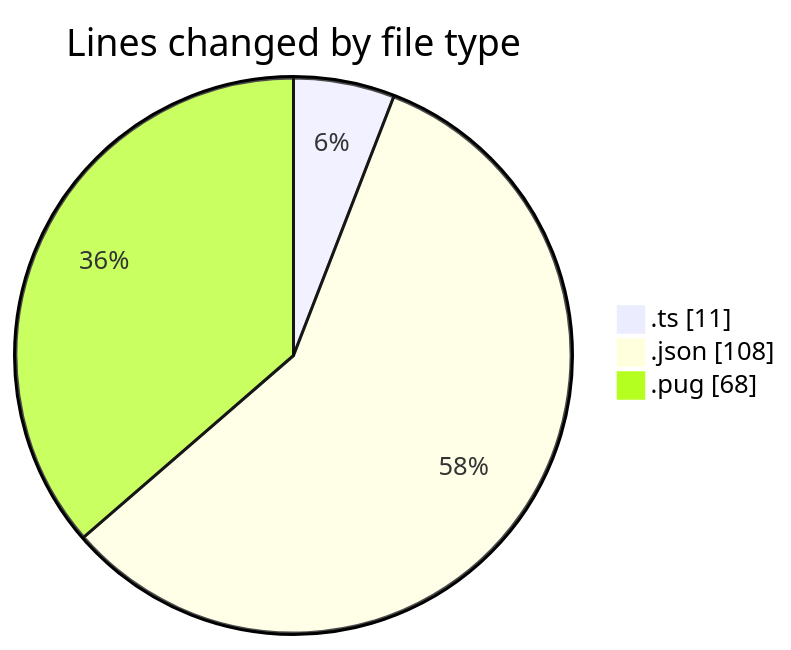
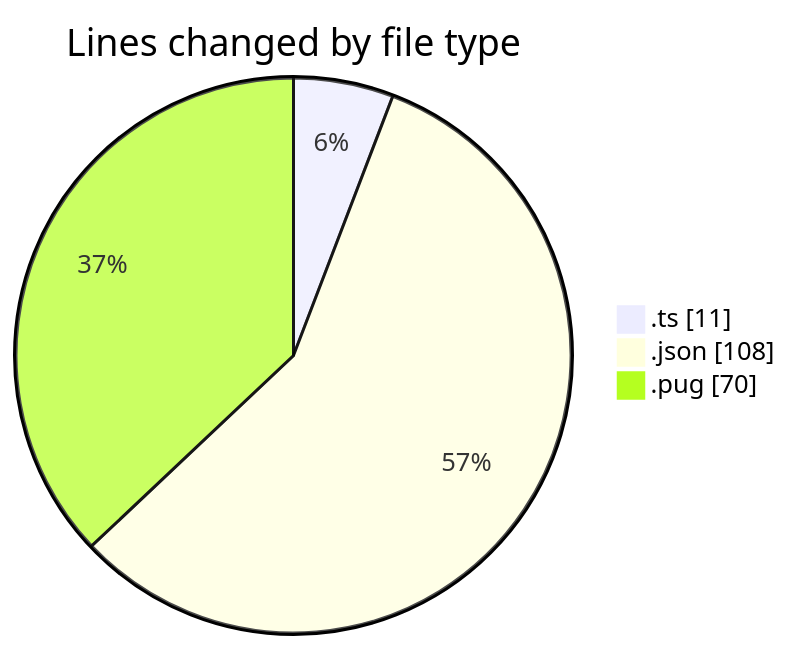
The first of 2 diagrams in 2025-02-24/cda/README.md (momahboobian/code-tracking), drawn with Mermaid before and after one commit. The commit also changed other lines of this file and 1 other file, not shown here.

````diff
--- a/2025-02-24/cda/README.md
+++ b/2025-02-24/cda/README.md
@@ -26,7 +27,7 @@
 ```mermaid
 pie showData
 title Lines changed by file type
 ".ts" : 11
 ".json" : 108
-".pug" : 68
+".pug" : 70
 ```
````
